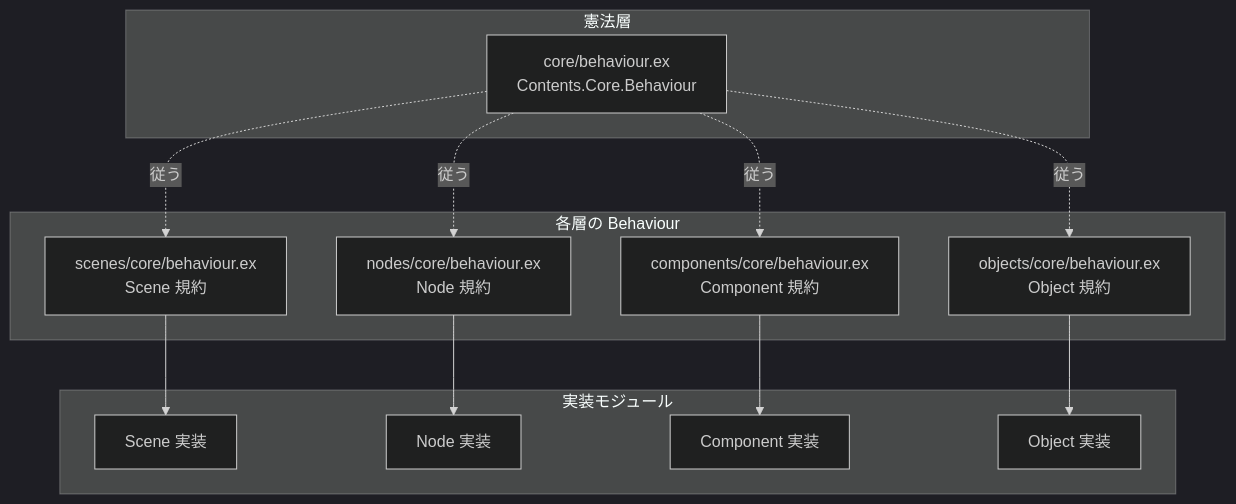
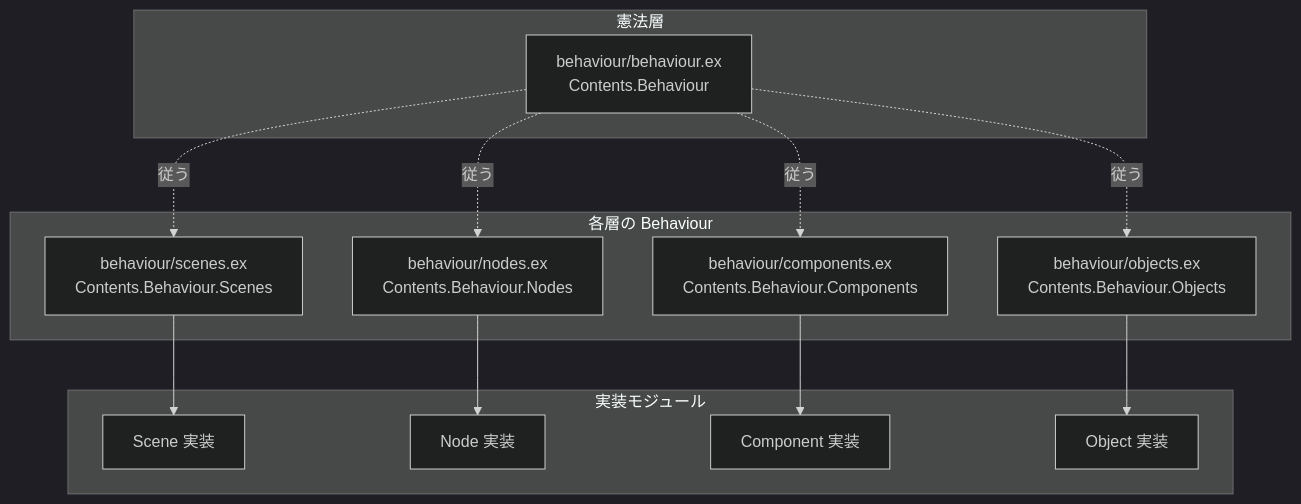
The second of 2 diagrams in docs/architecture/fix_contents.md (FRICK-ELDY/alchemy-engine), drawn with Mermaid (dark theme) before and after one commit. The commit also changed other lines of this file and 11 other files, not shown here.

Commit message:
feat(contents): Phase 3 — 旧 Behaviour ファイル削除とドキュメント更新

````diff
--- a/docs/architecture/fix_contents.md
+++ b/docs/architecture/fix_contents.md
@@ -204,30 +195,30 @@
 ```mermaid
 flowchart TB
     subgraph constitution["憲法層"]
-        CORE[core/behaviour.ex<br>Contents.Core.Behaviour]
+        CORE[behaviour/behaviour.ex<br>Contents.Behaviour]
     end
 
     subgraph layer_behaviours["各層の Behaviour"]
-        SCN_B[scenes/core/behaviour.ex<br>Scene 規約]
-        NOD_B[nodes/core/behaviour.ex<br>Node 規約]
-        CMP_B[components/core/behaviour.ex<br>Component 規約]
-        OBJ_B[objects/core/behaviour.ex<br>Object 規約]
+        SCN_B[behaviour/scenes.ex<br>Contents.Behaviour.Scenes]
+        NOD_B[behaviour/nodes.ex<br>Contents.Behaviour.Nodes]
+        CMP_B[behaviour/components.ex<br>Contents.Behaviour.Components]
+        OBJ_B[behaviour/objects.ex<br>Contents.Behaviour.Objects]
     end
 
     subgraph implementations["実装モジュール"]
         SCN_IMPL[Scene 実装]
         NOD_IMPL[Node 実装]
         CMP_IMPL[Component 実装]
         OBJ_IMPL[Object 実装]
     end
 
     CORE -.->|"従う"| SCN_B
     CORE -.->|"従う"| NOD_B
     CORE -.->|"従う"| CMP_B
     CORE -.->|"従う"| OBJ_B
 
     SCN_B --> SCN_IMPL
     NOD_B --> NOD_IMPL
     CMP_B --> CMP_IMPL
     OBJ_B --> OBJ_IMPL
 ```
````
